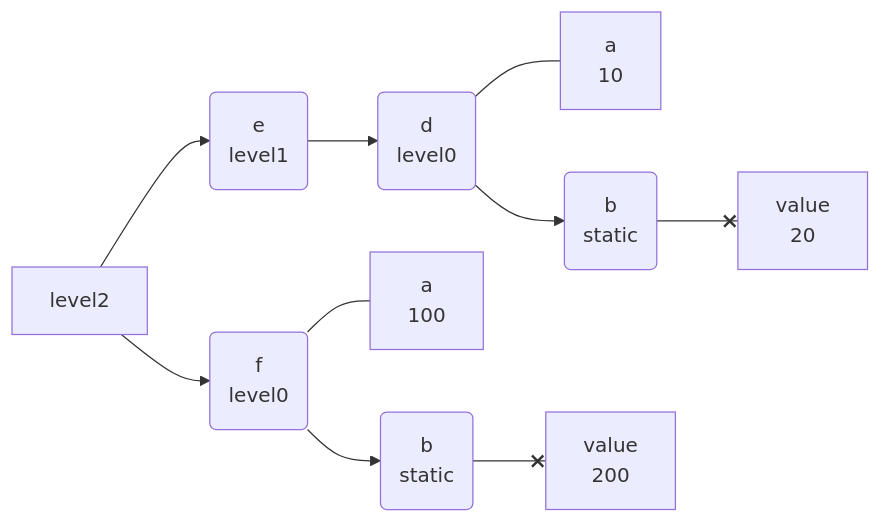
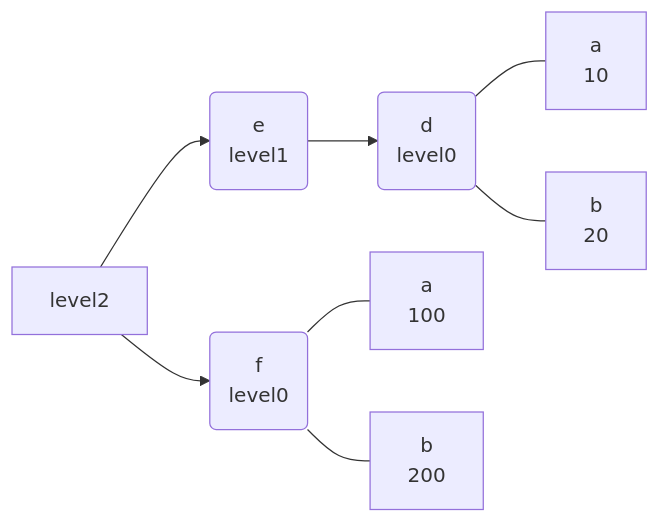
The diagram in tests/test_mermaid_md.md (ASEM000/pytreeclass), drawn with Mermaid before and after one commit. The commit also changed 14 other files, not shown here.

````diff
--- a/tests/test_mermaid_md.md
+++ b/tests/test_mermaid_md.md
@@ -1,13 +1,11 @@
 ```mermaid
 flowchart LR
     id15696277213149321320[level2]
     id15696277213149321320 --> id159132120600507116(e\nlevel1)
     id159132120600507116 --> id7500441386962467209(d\nlevel0)
     id7500441386962467209 --- id8292801017962660105["a\n10"]
-    id7500441386962467209 --> id5855743171222414412(b\nstatic)
-    id5855743171222414412 --x id5098115002734202512["value\n20"]
+    id7500441386962467209 --- id5855743171222414412["b\n20"]
     id15696277213149321320 --> id10009280772564895168(f\nlevel0)
     id10009280772564895168 --- id11951215191344350637["a\n100"]
-    id10009280772564895168 --> id1196345851686744158(b\nstatic)
-    id1196345851686744158 --x id6251079360573211850["value\n200"]
+    id10009280772564895168 --- id1196345851686744158["b\n200"]
 ```
````
